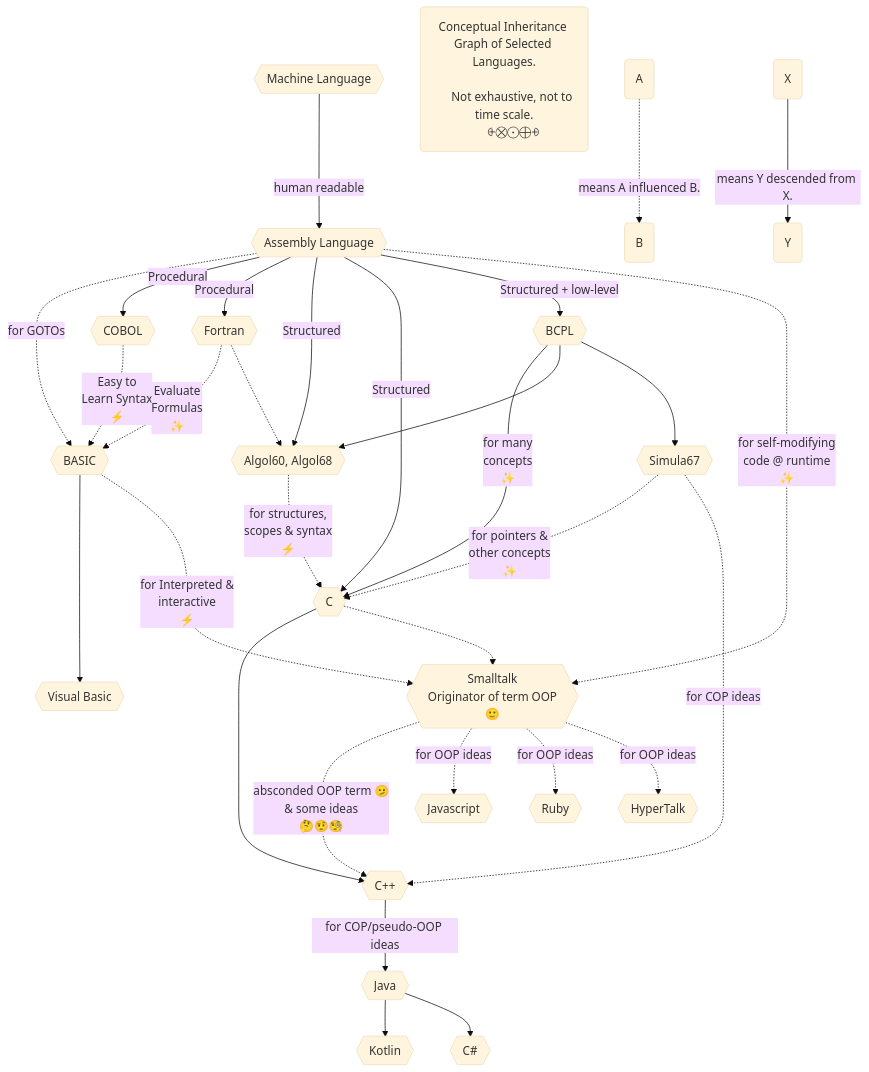
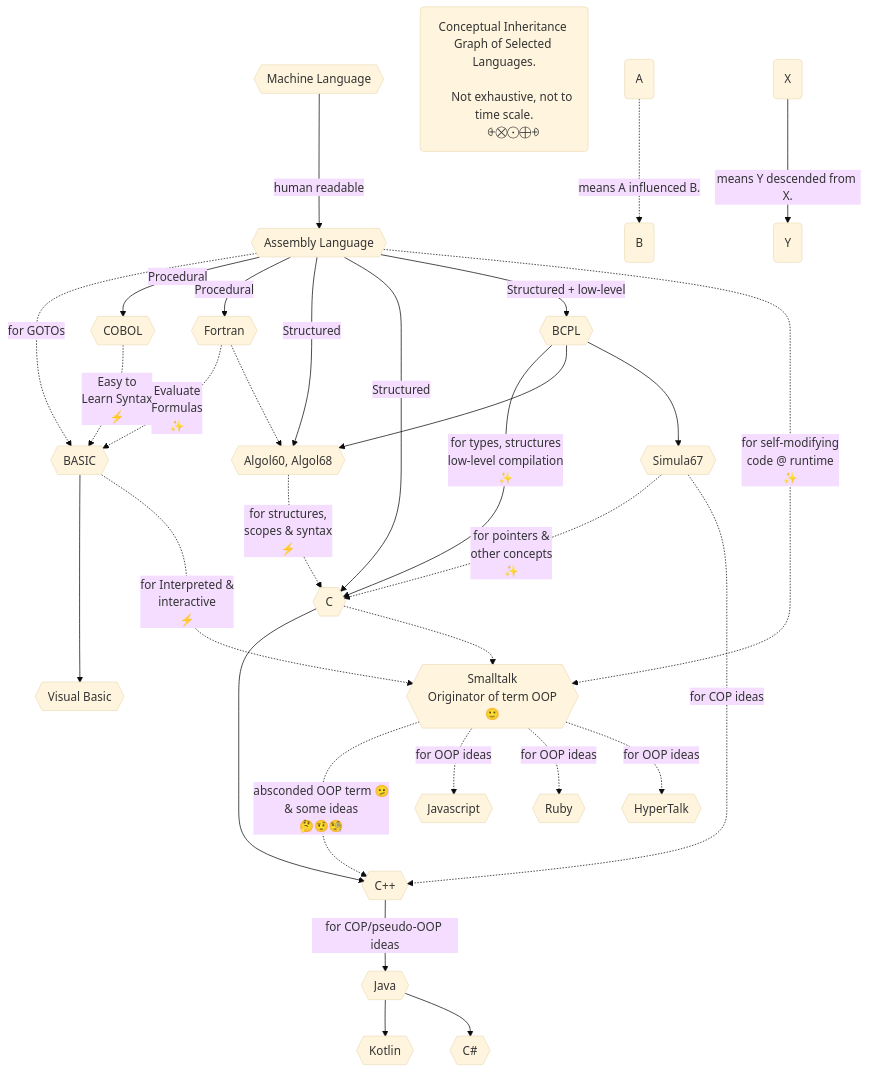
The diagram in 13-Conclusion.md (realityexpander/How_to_program_from_ground_up), drawn with Mermaid (base theme) before and after one commit.

Commit message:
improve conclusion map

````diff
--- a/13-Conclusion.md
+++ b/13-Conclusion.md
@@ -27,65 +27,65 @@
   ```mermaid
     graph TB
         MachineLanguage{{Machine Language}} -->|human readable| AssemblyLanguage
         AssemblyLanguage{{Assembly Language}} -.->|for GOTOs|Basic
         AssemblyLanguage{{Assembly Language}} -->|Procedural|COBOL
         AssemblyLanguage{{Assembly Language}} -->|Procedural|Fortran
         AssemblyLanguage{{Assembly Language}} -->|Structured|Algol68
         AssemblyLanguage{{Assembly Language}} -->|Structured|C
         AssemblyLanguage{{Assembly Language}} -->|Structured + low-level|BCPL
         COBOL{{"COBOL"}} -.->|"Easy to 
                               Learn Syntax
                               ⚡️️"|Basic
         Basic{{"BASIC"}} ---> VisualBasic
         Fortran{{"Fortran"}} -.->|"Evaluate 
                                   Formulas
                                   ✨"|Basic
         Algol68{{Algol60, Algol68}} -.->|"for structures, 
                                 scopes & syntax
                                 ⚡️️
                                 "|C
-        BCPL{{"BCPL"}} -->|"for many 
-                             concepts
+        BCPL{{"BCPL"}} -->|"for types, structures 
+                            low-level compilation
                             ✨"|C
         BCPL --> Algol68
         BCPL --> Simula67
         Simula67{{"Simula67"}} -.->|"for pointers & 
                                     other concepts
                                     ✨"|C
         
         C{{"C"}} -->Cplusplus
         C -.->Smalltalk
         Simula67 -.->|for COP ideas|Cplusplus
         Cplusplus{{"C++"}} -->|for COP/pseudo-OOP ideas|Java
         Smalltalk -..->|"absconded OOP term 🫤 
                         & some ideas
                         🤔🤨🧐"|Cplusplus
         Java{{Java}} -->Kotlin
         Java -->CSharp
         CSharp{{"C#"}}
         Fortran -.->Algol68
         Smalltalk{{"Smalltalk
                   Originator of term OOP
                   🙂"}} -.->|for OOP ideas|Javascript
         Smalltalk -.->|for OOP ideas|Ruby
         Smalltalk -.->|for OOP ideas|HyperTalk
         Basic -.-> |"for Interpreted & 
                     interactive
                     ⚡️"|Smalltalk
         AssemblyLanguage-.->|"for self-modifying 
                               code @ runtime
                               ✨"|Smalltalk
         Kotlin{{Kotlin}}
         Ruby{{Ruby}}
         HyperTalk{{HyperTalk}}
         Javascript{{Javascript}}
         VisualBasic{{"Visual Basic"}}
     
     Note("Conceptual Inheritance Graph of Selected Languages.
           
           Not exhaustive, not to time scale.
           ⨭⨂⨀⨁⨮")
     A("A") -.-> |means A influenced B.| B("B")
     X("X") --> |means Y descended from X.| Y("Y")
     
   ```
````
